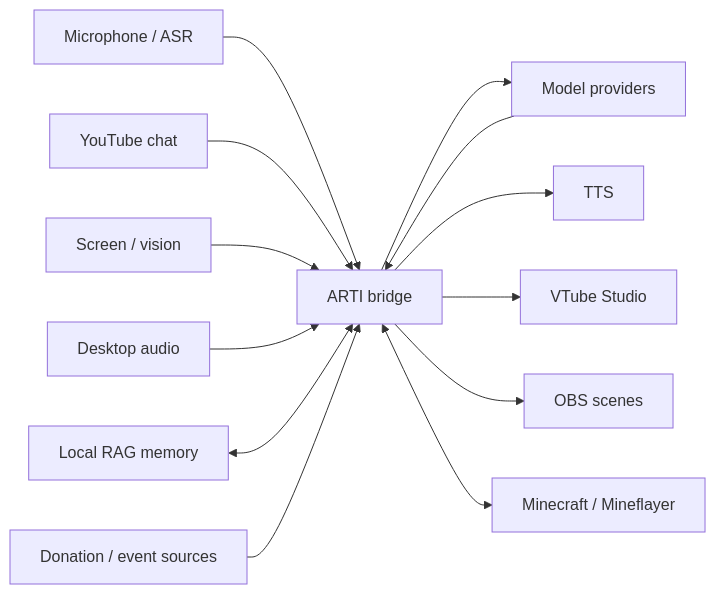
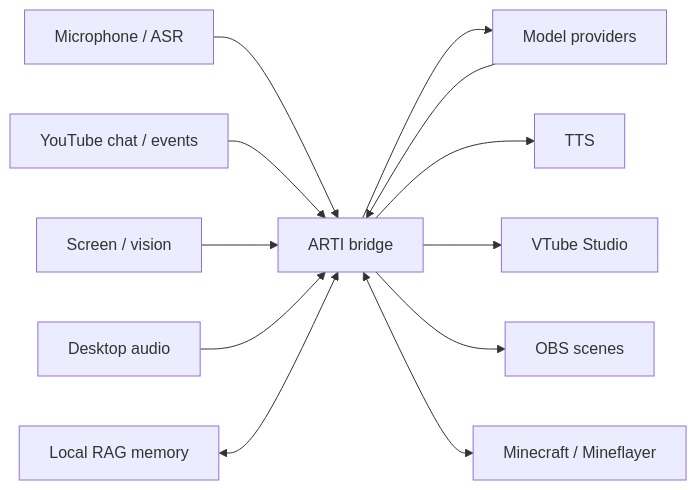
The diagram in README.md (bohanyt/arti), drawn with Mermaid before and after one commit. The commit also changed other lines of this file, not shown here.

````diff
--- a/README.md
+++ b/README.md
@@ -24,16 +62,15 @@
 ```mermaid
 flowchart LR
     Mic[Microphone / ASR] --> Bridge[ARTI bridge]
-    Chat[YouTube chat] --> Bridge
+    Chat[YouTube chat / events] --> Bridge
     Screen[Screen / vision] --> Bridge
     Desktop[Desktop audio] --> Bridge
     Memory[Local RAG memory] <--> Bridge
-    Events[Donation / event sources] --> Bridge
 
     Bridge --> Brain[Model providers]
     Brain --> Bridge
     Bridge --> TTS[TTS]
     Bridge --> VTS[VTube Studio]
     Bridge --> OBS[OBS scenes]
     Bridge <--> MC[Minecraft / Mineflayer]
 ```
````
